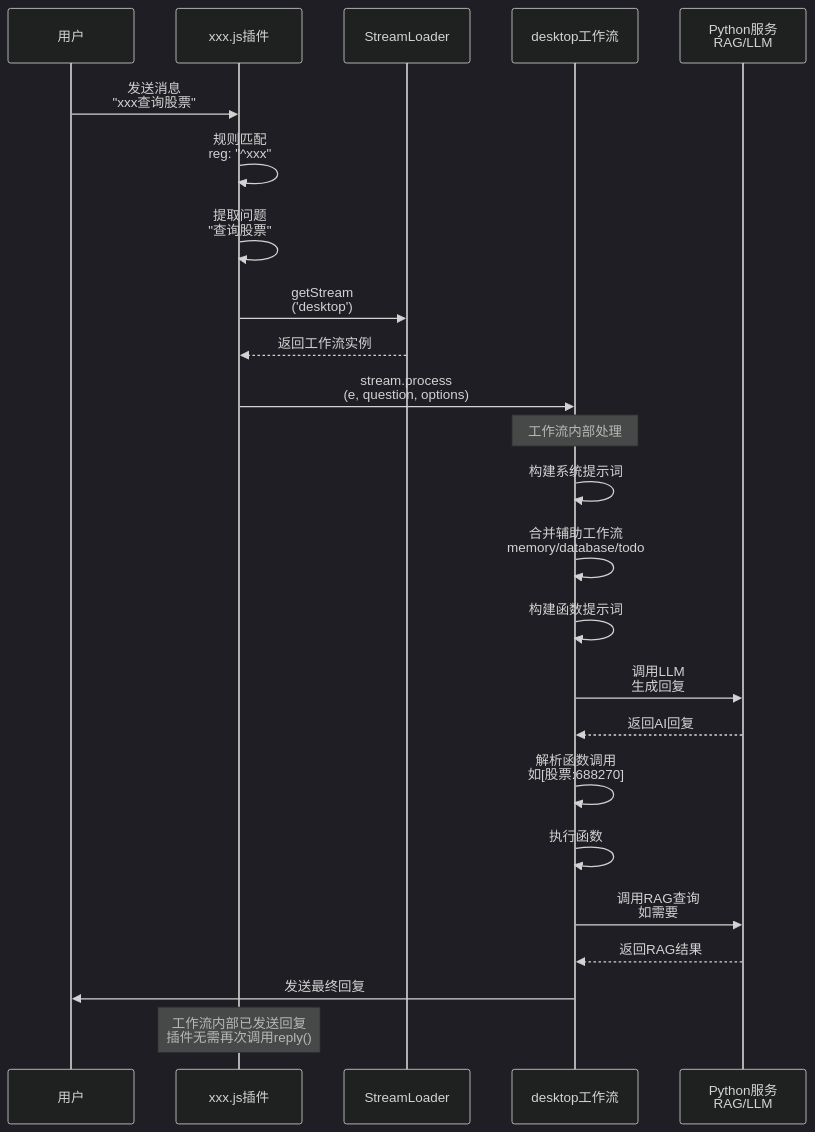
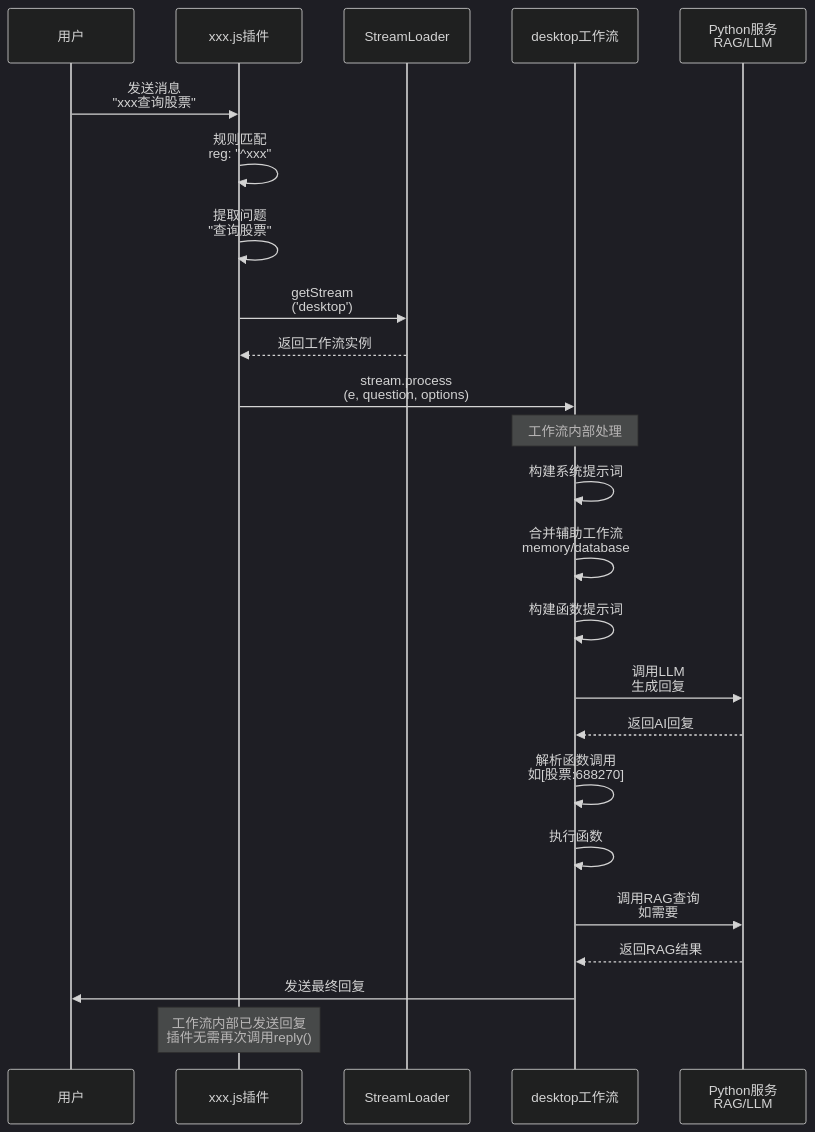
Before and after one commit to sunflowermm/XRK-AGT: the fourth of 8 diagrams in docs/future-architecture-2026.md, drawn with Mermaid (dark theme). The commit also changed other lines of this file and 47 other files, not shown here.

````diff
--- a/docs/future-architecture-2026.md
+++ b/docs/future-architecture-2026.md
@@ -745,29 +745,29 @@
 ```mermaid
 sequenceDiagram
     participant User as 用户
     participant Plugin as xxx.js插件
     participant StreamLoader as StreamLoader
     participant Workflow as desktop工作流
     participant Python as Python服务<br/>RAG/LLM
     
     User->>Plugin: 发送消息<br/>"xxx查询股票"
     Plugin->>Plugin: 规则匹配<br/>reg: "^xxx"
     Plugin->>Plugin: 提取问题<br/>"查询股票"
     Plugin->>StreamLoader: getStream<br/>('desktop')
     StreamLoader-->>Plugin: 返回工作流实例
     Plugin->>Workflow: stream.process<br/>(e, question, options)
     
     Note over Workflow: 工作流内部处理
     Workflow->>Workflow: 构建系统提示词
-    Workflow->>Workflow: 合并辅助工作流<br/>memory/database/todo
+    Workflow->>Workflow: 合并辅助工作流<br/>memory/database
     Workflow->>Workflow: 构建函数提示词
     Workflow->>Python: 调用LLM<br/>生成回复
     Python-->>Workflow: 返回AI回复
     Workflow->>Workflow: 解析函数调用<br/>如[股票:688270]
     Workflow->>Workflow: 执行函数
     Workflow->>Python: 调用RAG查询<br/>如需要
     Python-->>Workflow: 返回RAG结果
     Workflow->>User: 发送最终回复
     
     Note over Plugin: 工作流内部已发送回复<br/>插件无需再次调用reply()
 ```
````
